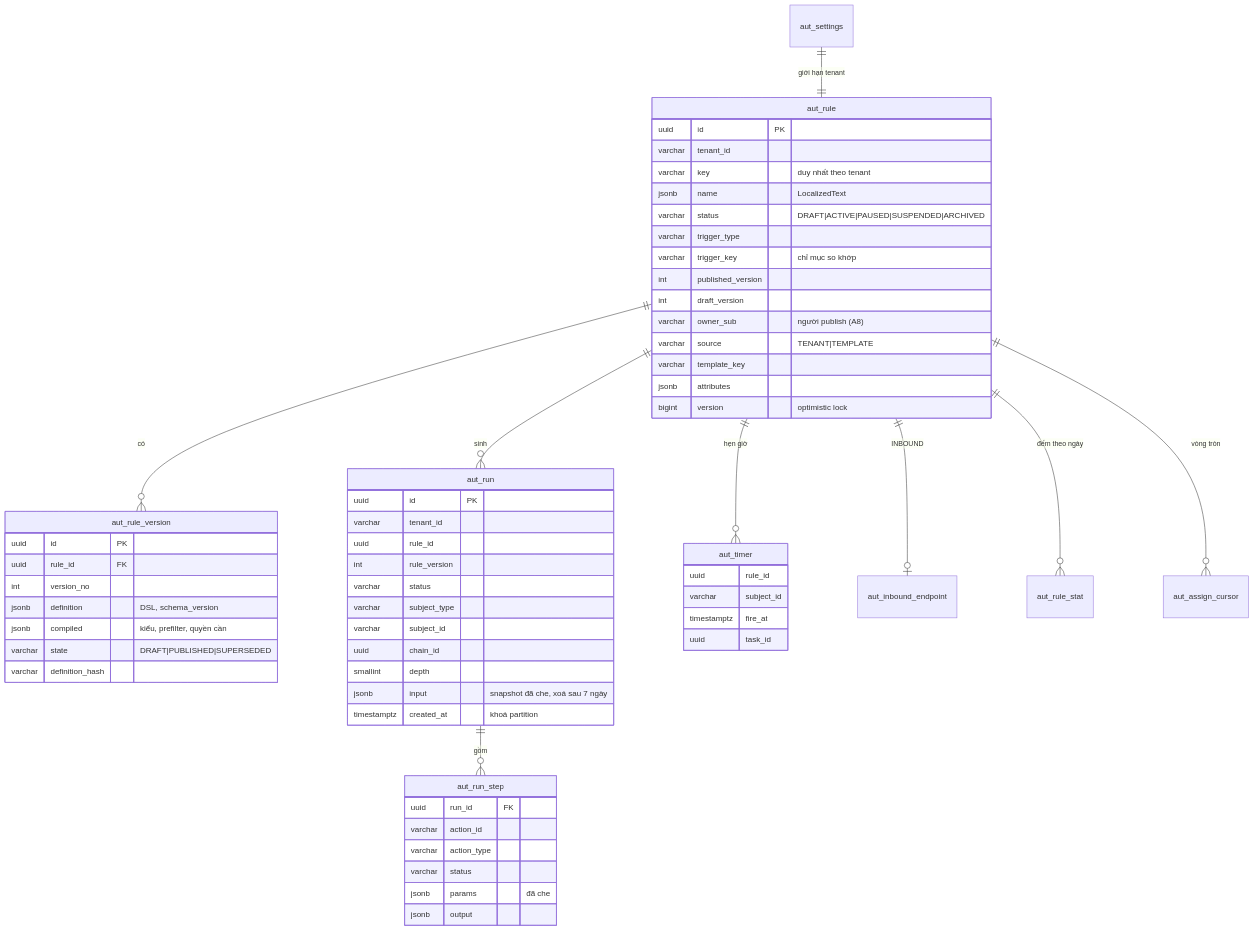
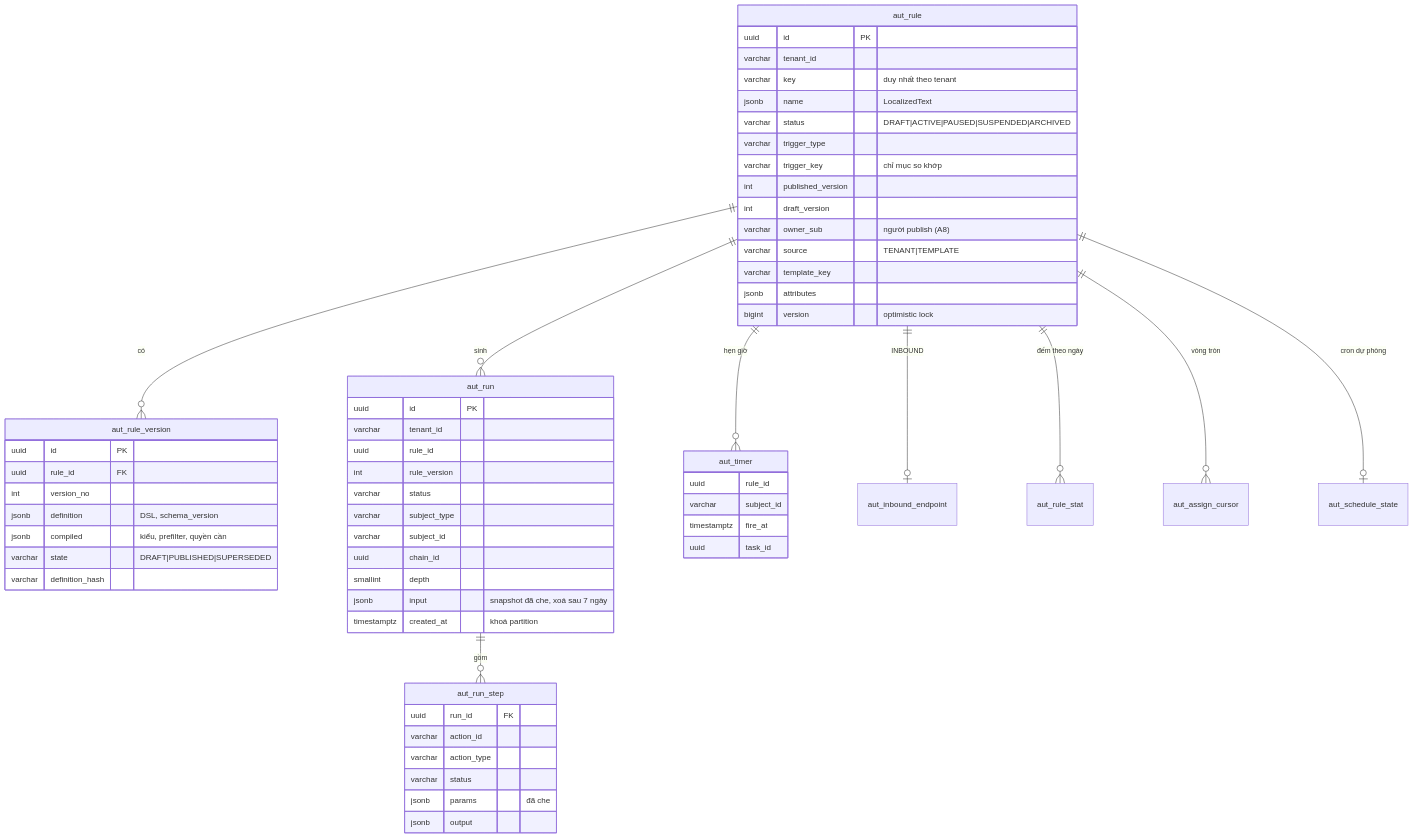
Before and after one commit to vyforge/.github: the seventh of 7 diagrams in docs/design/automation.md, drawn with Mermaid. The commit also changed other lines of this file, not shown here.

````diff
--- a/docs/design/automation.md
+++ b/docs/design/automation.md
@@ -585,64 +585,64 @@
 ```mermaid
 erDiagram
   aut_rule ||--o{ aut_rule_version : "có"
   aut_rule ||--o{ aut_run : "sinh"
   aut_rule ||--o{ aut_timer : "hẹn giờ"
   aut_rule ||--o| aut_inbound_endpoint : "INBOUND"
   aut_rule ||--o{ aut_rule_stat : "đếm theo ngày"
   aut_rule ||--o{ aut_assign_cursor : "vòng tròn"
   aut_run ||--o{ aut_run_step : "gồm"
-  aut_settings ||--|| aut_rule : "giới hạn tenant"
+  aut_rule ||--o| aut_schedule_state : "cron dự phòng"
 
   aut_rule {
     uuid id PK
     varchar tenant_id
     varchar key "duy nhất theo tenant"
     jsonb name "LocalizedText"
     varchar status "DRAFT|ACTIVE|PAUSED|SUSPENDED|ARCHIVED"
     varchar trigger_type
     varchar trigger_key "chỉ mục so khớp"
     int published_version
     int draft_version
     varchar owner_sub "người publish (A8)"
     varchar source "TENANT|TEMPLATE"
     varchar template_key
     jsonb attributes
     bigint version "optimistic lock"
   }
   aut_rule_version {
     uuid id PK
     uuid rule_id FK
     int version_no
     jsonb definition "DSL, schema_version"
     jsonb compiled "kiểu, prefilter, quyền cần"
     varchar state "DRAFT|PUBLISHED|SUPERSEDED"
     varchar definition_hash
   }
   aut_run {
     uuid id PK
     varchar tenant_id
     uuid rule_id
     int rule_version
     varchar status
     varchar subject_type
     varchar subject_id
     uuid chain_id
     smallint depth
     jsonb input "snapshot đã che, xoá sau 7 ngày"
     timestamptz created_at "khoá partition"
   }
   aut_run_step {
     uuid run_id FK
     varchar action_id
     varchar action_type
     varchar status
     jsonb params "đã che"
     jsonb output
   }
   aut_timer {
     uuid rule_id
     varchar subject_id
     timestamptz fire_at
     uuid task_id
   }
 ```
````
